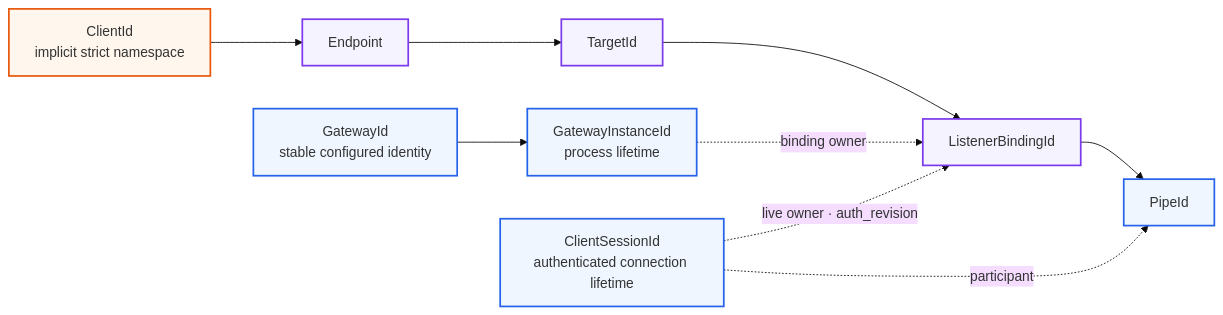
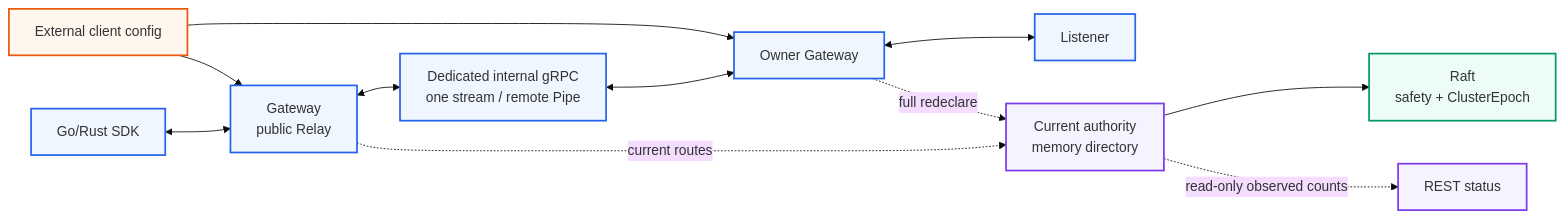
The first of 5 diagrams in docs/spec/001-system-model.md (cagojeiger/relaygate), drawn with Mermaid (base theme) before and after one commit. The commit also changed other lines of this file and 120 other files, not shown here.

````diff
--- a/docs/spec/001-system-model.md
+++ b/docs/spec/001-system-model.md
@@ -21,25 +13,23 @@
 ```mermaid
 flowchart LR
-    C["ClientId<br/>implicit strict namespace"]
-    E["Endpoint"]
-    T["TargetId"]
-    B["ListenerBindingId"]
-    P["PipeId"]
+    C["Go/Rust SDK"] <--> G1["Gateway<br/>public Relay"]
+    G1 <--> H["Dedicated internal gRPC<br/>one stream / remote Pipe"]
+    H <--> G2["Owner Gateway"]
+    G2 <--> L["Listener"]
 
-    GS["GatewayId<br/>stable configured identity"]
-    G["GatewayInstanceId<br/>process lifetime"]
-    S["ClientSessionId<br/>authenticated connection lifetime"]
+    G1 -. "current routes" .-> A["Current authority<br/>memory directory"]
+    G2 -. "full redeclare" .-> A
+    A --> R["Raft<br/>safety + ClusterEpoch"]
+    X["External client config"] --> G1
+    X --> G2
+    A -. "read-only observed counts" .-> S["REST status"]
 
-    C --> E --> T --> B --> P
-    GS --> G
-    G -. "binding owner" .-> B
-    S -. "live owner · auth_revision" .-> B
-    S -. "participant" .-> P
-
-    classDef namespace fill:#fff7ed,stroke:#ea580c,stroke-width:2px
-    classDef address fill:#f5f3ff,stroke:#7c3aed,stroke-width:2px
     classDef runtime fill:#eff6ff,stroke:#2563eb,stroke-width:2px
-    class C namespace
-    class E,T,B address
-    class P,GS,G,S runtime
+    classDef control fill:#f5f3ff,stroke:#7c3aed,stroke-width:2px
+    classDef safety fill:#ecfdf5,stroke:#059669,stroke-width:2px
+    classDef external fill:#fff7ed,stroke:#ea580c,stroke-width:2px
+    class C,G1,H,G2,L runtime
+    class A,S control
+    class R safety
+    class X external
 ```
````
